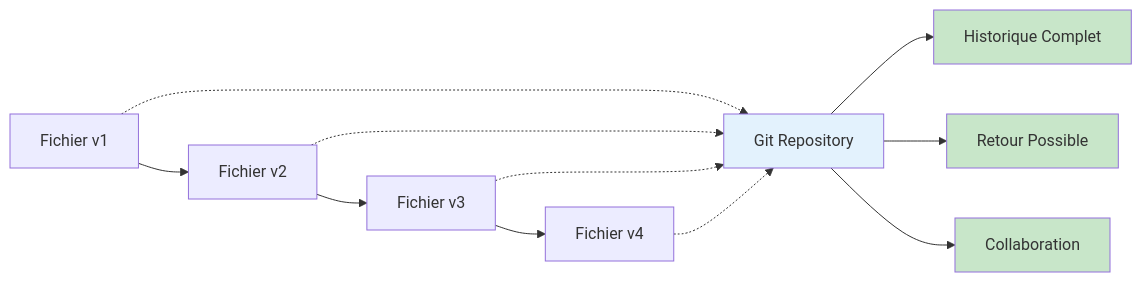
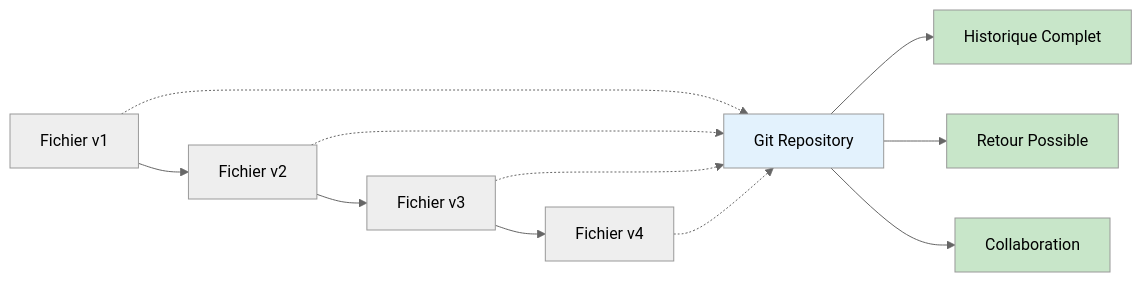
The first of 8 diagrams in docs/bases-fondamentales/outils/git/fondamentaux.mdx (zyrass/omnyforge), drawn with Mermaid before and after one commit. The commit also changed other lines of this file and 1 other file, not shown here.

````diff
--- a/docs/bases-fondamentales/outils/git/fondamentaux.mdx
+++ b/docs/bases-fondamentales/outils/git/fondamentaux.mdx
@@ -25,20 +25,24 @@
 ```mermaid
+---
+config:
+    theme: 'neutral'
+---
 graph LR
     A[Fichier v1] --> B[Fichier v2]
     B --> C[Fichier v3]
     C --> D[Fichier v4]
 
     A -.-> E[Git Repository]
     B -.-> E
     C -.-> E
     D -.-> E
 
     E --> F[Historique Complet]
     E --> G[Retour Possible]
     E --> H[Collaboration]
 
     style E fill:#e3f2fd
     style F fill:#c8e6c9
     style G fill:#c8e6c9
     style H fill:#c8e6c9
 ```
````
